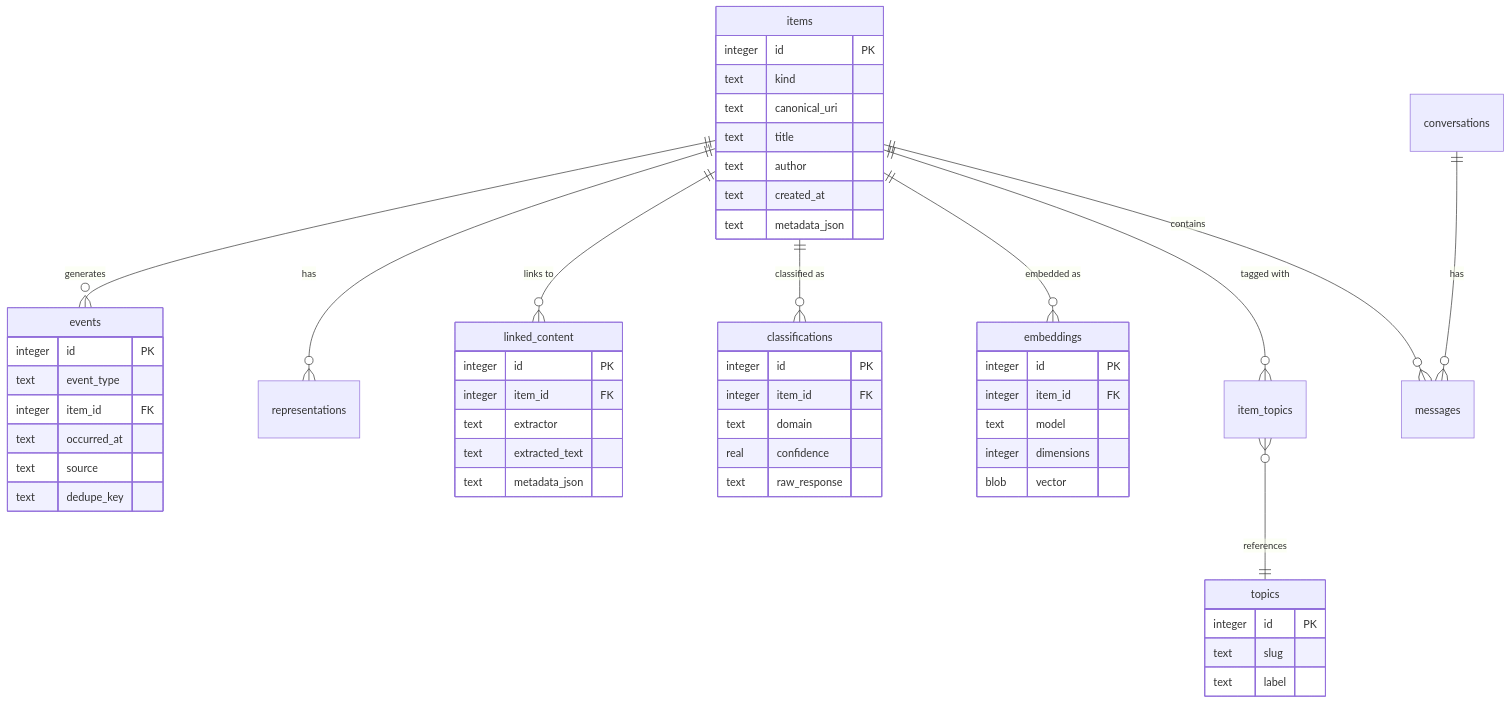
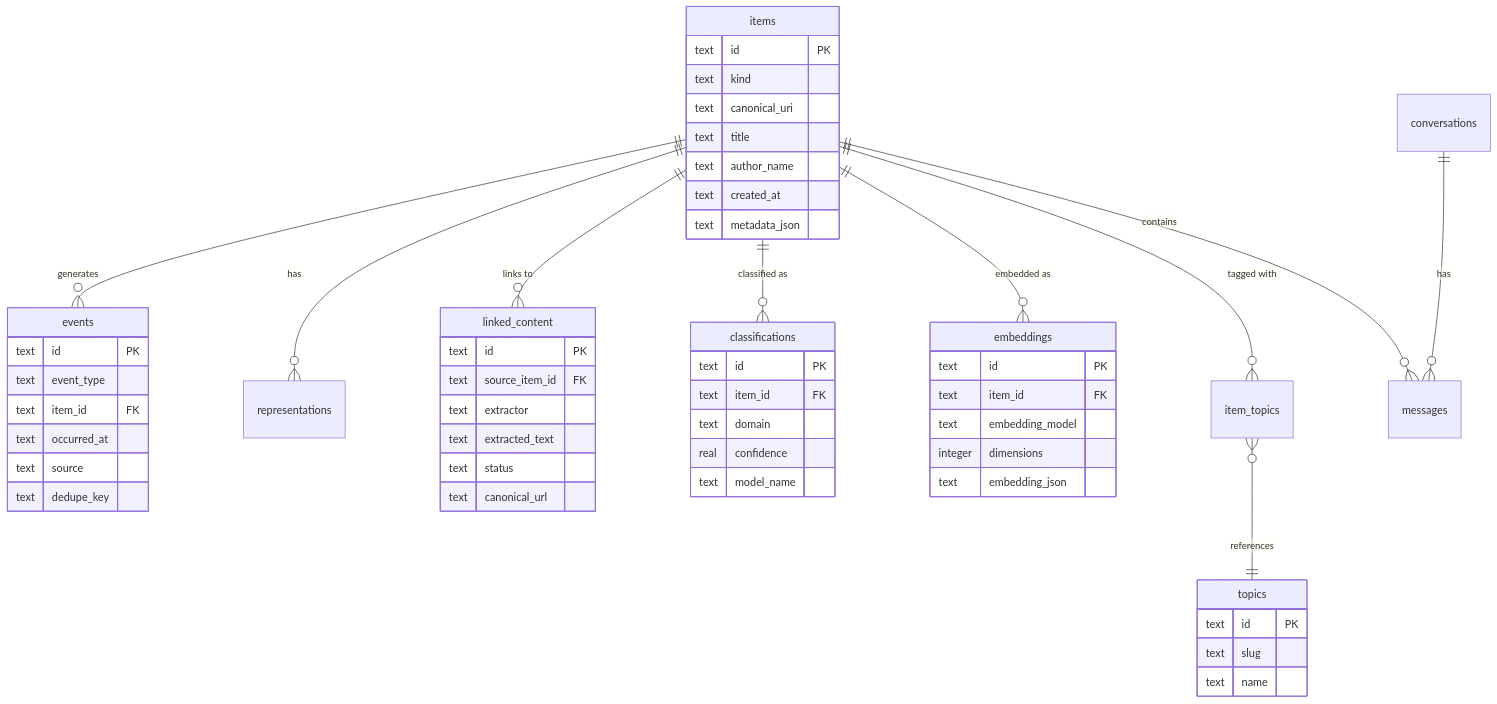
The diagram in docs/Database-Schema.md (ZealousEar/ideabank), drawn with Mermaid before and after one commit. The commit also changed other lines of this file and 5 other files, not shown here.

````diff
--- a/docs/Database-Schema.md
+++ b/docs/Database-Schema.md
@@ -20,61 +24,62 @@
 ```mermaid
 erDiagram
     items ||--o{ events : "generates"
     items ||--o{ representations : "has"
     items ||--o{ linked_content : "links to"
     items ||--o{ classifications : "classified as"
     items ||--o{ embeddings : "embedded as"
     items ||--o{ item_topics : "tagged with"
     item_topics }o--|| topics : "references"
     items ||--o{ messages : "contains"
     conversations ||--o{ messages : "has"
 
     items {
-        integer id PK
+        text id PK
         text kind
         text canonical_uri
         text title
-        text author
+        text author_name
         text created_at
         text metadata_json
     }
 
     events {
-        integer id PK
+        text id PK
         text event_type
-        integer item_id FK
+        text item_id FK
         text occurred_at
         text source
         text dedupe_key
     }
 
     linked_content {
-        integer id PK
-        integer item_id FK
+        text id PK
+        text source_item_id FK
         text extractor
         text extracted_text
-        text metadata_json
+        text status
+        text canonical_url
     }
 
     classifications {
-        integer id PK
-        integer item_id FK
+        text id PK
+        text item_id FK
         text domain
         real confidence
-        text raw_response
+        text model_name
     }
 
     embeddings {
-        integer id PK
-        integer item_id FK
-        text model
+        text id PK
+        text item_id FK
+        text embedding_model
         integer dimensions
-        blob vector
+        text embedding_json
     }
 
     topics {
-        integer id PK
+        text id PK
         text slug
-        text label
+        text name
     }
 ```
````
